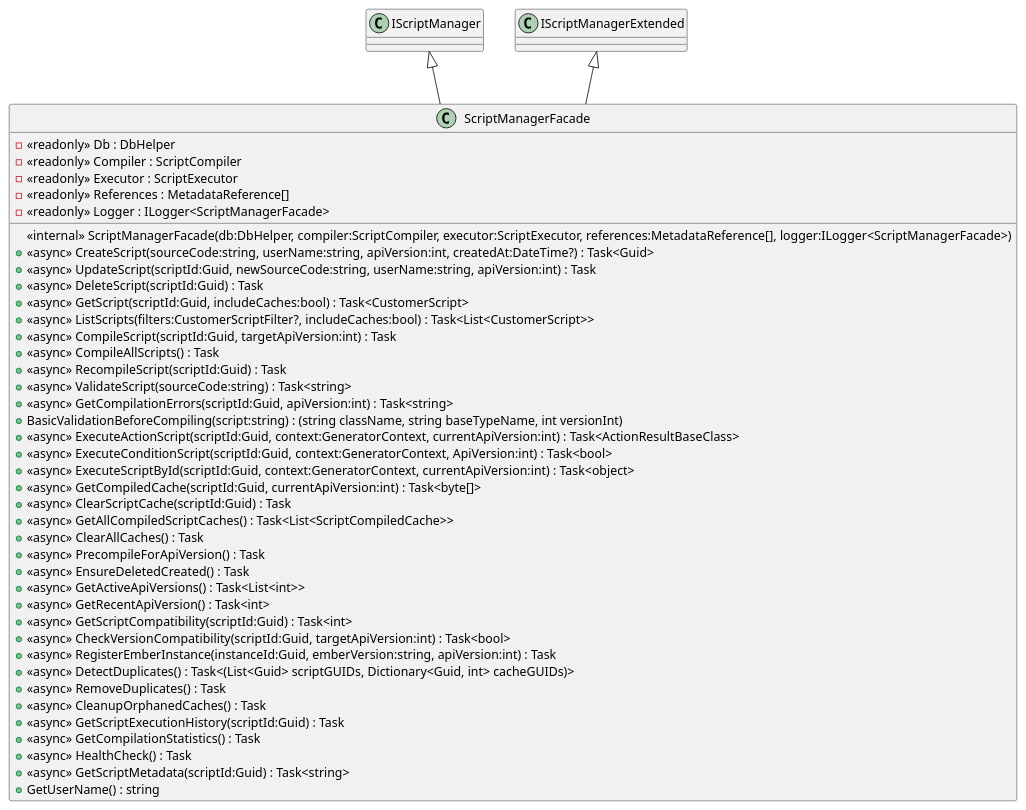
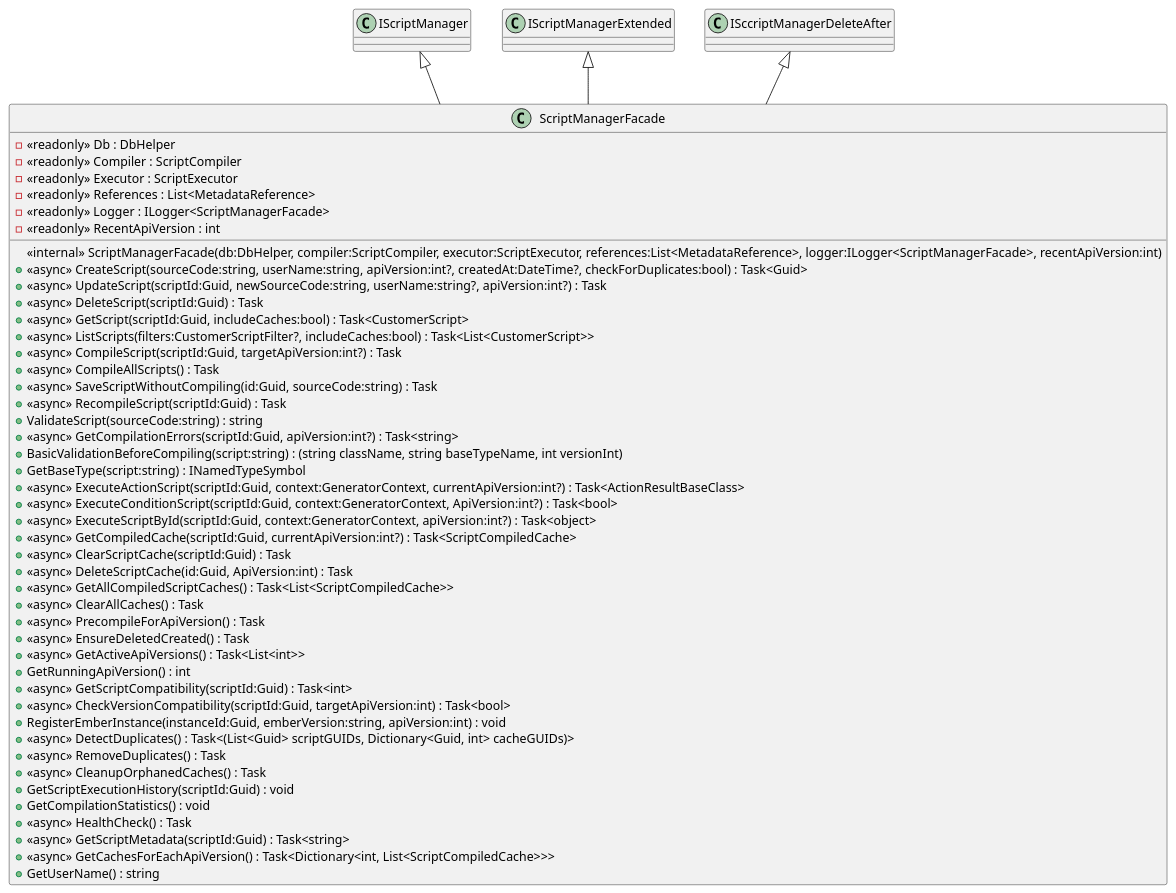
Before and after one commit to conrad-gilles/Scripting-Proof-of-Concept: the diagram in diagrams/scripting/src/ScriptManager.cs/ScriptManager.puml, drawn with PlantUML. The commit also changed 19 other files, not shown here.

```diff
--- a/diagrams/scripting/src/ScriptManager.cs/ScriptManager.puml
+++ b/diagrams/scripting/src/ScriptManager.cs/ScriptManager.puml
@@ -1,45 +1,51 @@
 @startuml
 class ScriptManagerFacade {
     - <<readonly>> Db : DbHelper
     - <<readonly>> Compiler : ScriptCompiler
     - <<readonly>> Executor : ScriptExecutor
-    - <<readonly>> References : MetadataReference[]
+    - <<readonly>> References : List<MetadataReference>
     - <<readonly>> Logger : ILogger<ScriptManagerFacade>
-    <<internal>> ScriptManagerFacade(db:DbHelper, compiler:ScriptCompiler, executor:ScriptExecutor, references:MetadataReference[], logger:ILogger<ScriptManagerFacade>)
-    + <<async>> CreateScript(sourceCode:string, userName:string, apiVersion:int, createdAt:DateTime?) : Task<Guid>
-    + <<async>> UpdateScript(scriptId:Guid, newSourceCode:string, userName:string, apiVersion:int) : Task
+    - <<readonly>> RecentApiVersion : int
+    <<internal>> ScriptManagerFacade(db:DbHelper, compiler:ScriptCompiler, executor:ScriptExecutor, references:List<MetadataReference>, logger:ILogger<ScriptManagerFacade>, recentApiVersion:int)
+    + <<async>> CreateScript(sourceCode:string, userName:string, apiVersion:int?, createdAt:DateTime?, checkForDuplicates:bool) : Task<Guid>
+    + <<async>> UpdateScript(scriptId:Guid, newSourceCode:string, userName:string?, apiVersion:int?) : Task
     + <<async>> DeleteScript(scriptId:Guid) : Task
     + <<async>> GetScript(scriptId:Guid, includeCaches:bool) : Task<CustomerScript>
     + <<async>> ListScripts(filters:CustomerScriptFilter?, includeCaches:bool) : Task<List<CustomerScript>>
-    + <<async>> CompileScript(scriptId:Guid, targetApiVersion:int) : Task
+    + <<async>> CompileScript(scriptId:Guid, targetApiVersion:int?) : Task
     + <<async>> CompileAllScripts() : Task
+    + <<async>> SaveScriptWithoutCompiling(id:Guid, sourceCode:string) : Task
     + <<async>> RecompileScript(scriptId:Guid) : Task
-    + <<async>> ValidateScript(sourceCode:string) : Task<string>
-    + <<async>> GetCompilationErrors(scriptId:Guid, apiVersion:int) : Task<string>
+    + ValidateScript(sourceCode:string) : string
+    + <<async>> GetCompilationErrors(scriptId:Guid, apiVersion:int?) : Task<string>
     + BasicValidationBeforeCompiling(script:string) : (string className, string baseTypeName, int versionInt)
-    + <<async>> ExecuteActionScript(scriptId:Guid, context:GeneratorContext, currentApiVersion:int) : Task<ActionResultBaseClass>
-    + <<async>> ExecuteConditionScript(scriptId:Guid, context:GeneratorContext, ApiVersion:int) : Task<bool>
-    + <<async>> ExecuteScriptById(scriptId:Guid, context:GeneratorContext, currentApiVersion:int) : Task<object>
-    + <<async>> GetCompiledCache(scriptId:Guid, currentApiVersion:int) : Task<byte[]>
+    + GetBaseType(script:string) : INamedTypeSymbol
+    + <<async>> ExecuteActionScript(scriptId:Guid, context:GeneratorContext, currentApiVersion:int?) : Task<ActionResultBaseClass>
+    + <<async>> ExecuteConditionScript(scriptId:Guid, context:GeneratorContext, ApiVersion:int?) : Task<bool>
+    + <<async>> ExecuteScriptById(scriptId:Guid, context:GeneratorContext, apiVersion:int?) : Task<object>
+    + <<async>> GetCompiledCache(scriptId:Guid, currentApiVersion:int?) : Task<ScriptCompiledCache>
     + <<async>> ClearScriptCache(scriptId:Guid) : Task
+    + <<async>> DeleteScriptCache(id:Guid, ApiVersion:int) : Task
     + <<async>> GetAllCompiledScriptCaches() : Task<List<ScriptCompiledCache>>
     + <<async>> ClearAllCaches() : Task
     + <<async>> PrecompileForApiVersion() : Task
     + <<async>> EnsureDeletedCreated() : Task
     + <<async>> GetActiveApiVersions() : Task<List<int>>
-    + <<async>> GetRecentApiVersion() : Task<int>
+    + GetRunningApiVersion() : int
     + <<async>> GetScriptCompatibility(scriptId:Guid) : Task<int>
     + <<async>> CheckVersionCompatibility(scriptId:Guid, targetApiVersion:int) : Task<bool>
-    + <<async>> RegisterEmberInstance(instanceId:Guid, emberVersion:string, apiVersion:int) : Task
+    + RegisterEmberInstance(instanceId:Guid, emberVersion:string, apiVersion:int) : void
     + <<async>> DetectDuplicates() : Task<(List<Guid> scriptGUIDs, Dictionary<Guid, int> cacheGUIDs)>
     + <<async>> RemoveDuplicates() : Task
     + <<async>> CleanupOrphanedCaches() : Task
-    + <<async>> GetScriptExecutionHistory(scriptId:Guid) : Task
-    + <<async>> GetCompilationStatistics() : Task
+    + GetScriptExecutionHistory(scriptId:Guid) : void
+    + GetCompilationStatistics() : void
     + <<async>> HealthCheck() : Task
     + <<async>> GetScriptMetadata(scriptId:Guid) : Task<string>
+    + <<async>> GetCachesForEachApiVersion() : Task<Dictionary<int, List<ScriptCompiledCache>>>
     + GetUserName() : string
 }
 IScriptManager <|-- ScriptManagerFacade
 IScriptManagerExtended <|-- ScriptManagerFacade
+ISccriptManagerDeleteAfter <|-- ScriptManagerFacade
 @enduml
```
